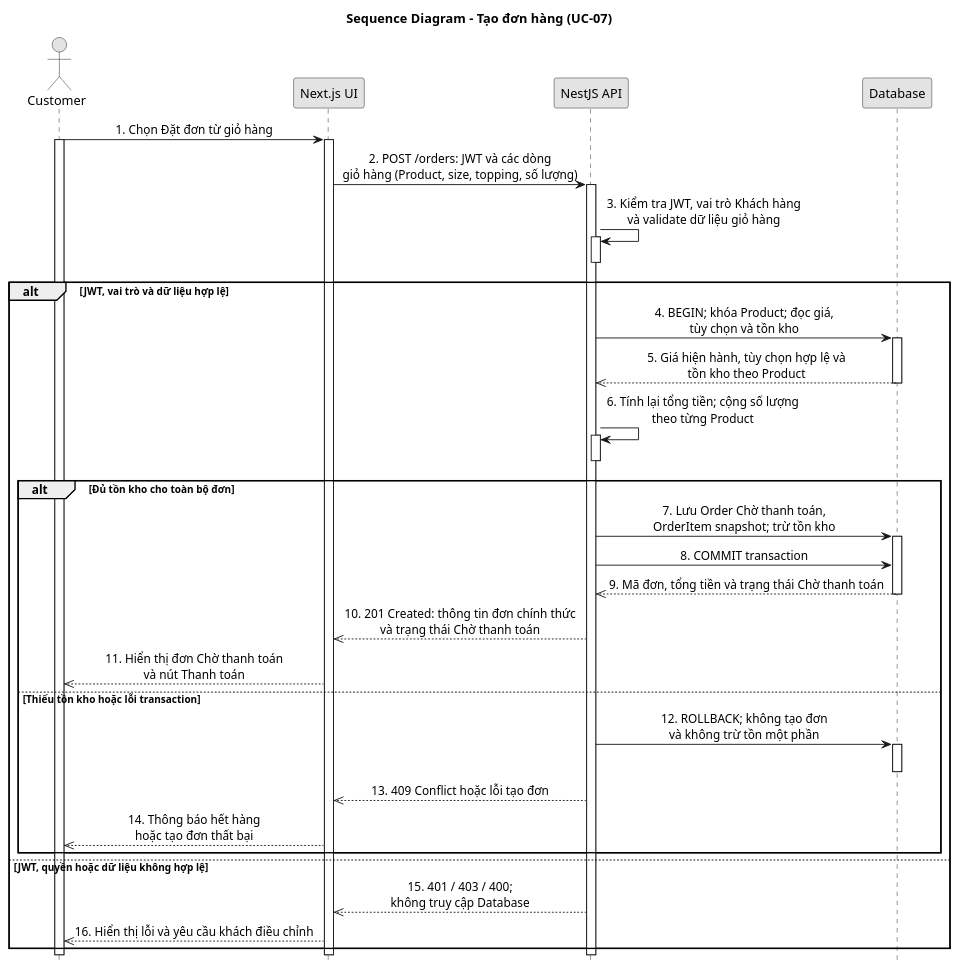
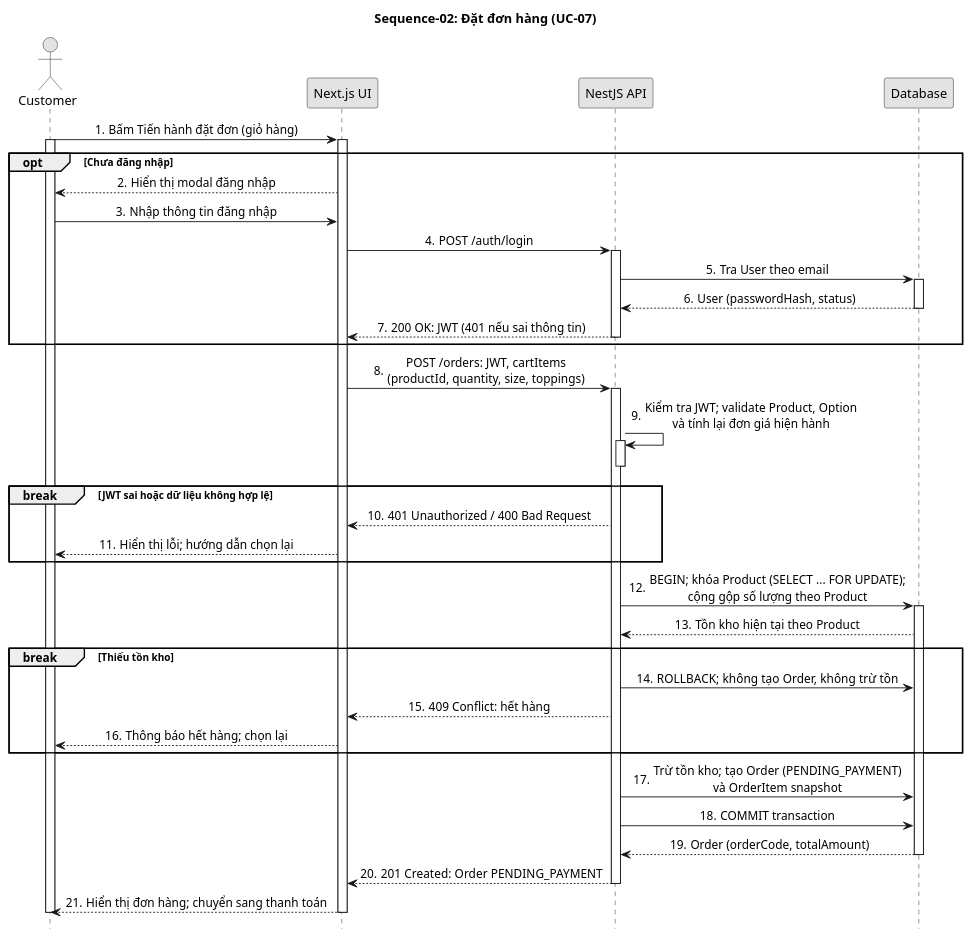
One commit to mhien06/BrewLite_A2 changed the diagram in docs/diagrams/sources/sequence-create-order.puml. Above: the diagram before and after it, drawn with PlantUML. The commit also changed 6 other files, not shown here.

Commit message:
Cập nhật sequence diagram toàn bộ

```diff
--- a/docs/diagrams/sources/sequence-create-order.puml
+++ b/docs/diagrams/sources/sequence-create-order.puml
@@ -1,59 +1,62 @@
 @startuml
-title Sequence Diagram - Tạo đơn hàng (UC-07)
+title Sequence-02: Đặt đơn hàng (UC-07)
 hide footbox
 skinparam monochrome true
 skinparam sequenceMessageAlign center
 skinparam responseMessageBelowArrow false
+autonumber "0."
 
 actor Customer
 participant "Next.js UI" as UI
 participant "NestJS API" as API
 participant "Database" as DB
 
-' --- Lời gọi đồng bộ: ->   |   Trả về: -->>  (nét đứt, đầu mũi tên hở) ---
-
-Customer -> UI: 1. Chọn Đặt đơn từ giỏ hàng
+Customer -> UI: Bấm Tiến hành đặt đơn (giỏ hàng)
 activate Customer
 activate UI
 
-UI -> API: 2. POST /orders: JWT và các dòng\ngiỏ hàng (Product, size, topping, số lượng)
+opt Chưa đăng nhập
+  UI --> Customer: Hiển thị modal đăng nhập
+  Customer -> UI: Nhập thông tin đăng nhập
+  UI -> API: POST /auth/login
+  activate API
+  API -> DB: Tra User theo email
+  activate DB
+  DB --> API: User (passwordHash, status)
+  deactivate DB
+  API --> UI: 200 OK: JWT (401 nếu sai thông tin)
+  deactivate API
+end
+
+UI -> API: POST /orders: JWT, cartItems\n(productId, quantity, size, toppings)
 activate API
 
-API -> API: 3. Kiểm tra JWT, vai trò Khách hàng\nvà validate dữ liệu giỏ hàng
+API -> API: Kiểm tra JWT; validate Product, Option\nvà tính lại đơn giá hiện hành
 activate API
 deactivate API
 
-alt JWT, vai trò và dữ liệu hợp lệ
-  API -> DB: 4. BEGIN; khóa Product; đọc giá,\ntùy chọn và tồn kho
-  activate DB
-  DB -->> API: 5. Giá hiện hành, tùy chọn hợp lệ và\ntồn kho theo Product
-  deactivate DB
-
-  API -> API: 6. Tính lại tổng tiền; cộng số lượng\ntheo từng Product
-  activate API
-  deactivate API
-
-  alt Đủ tồn kho cho toàn bộ đơn
-    API -> DB: 7. Lưu Order Chờ thanh toán,\nOrderItem snapshot; trừ tồn kho
-    activate DB
-    API -> DB: 8. COMMIT transaction
-    DB -->> API: 9. Mã đơn, tổng tiền và trạng thái Chờ thanh toán
-    deactivate DB
-    API -->> UI: 10. 201 Created: thông tin đơn chính thức\nvà trạng thái Chờ thanh toán
-    UI -->> Customer: 11. Hiển thị đơn Chờ thanh toán\nvà nút Thanh toán
-  else Thiếu tồn kho hoặc lỗi transaction
-    API -> DB: 12. ROLLBACK; không tạo đơn\nvà không trừ tồn một phần
-    activate DB
-    deactivate DB
-    API -->> UI: 13. 409 Conflict hoặc lỗi tạo đơn
-    UI -->> Customer: 14. Thông báo hết hàng\nhoặc tạo đơn thất bại
-  end
-else JWT, quyền hoặc dữ liệu không hợp lệ
-  API -->> UI: 15. 401 / 403 / 400;\nkhông truy cập Database
-  UI -->> Customer: 16. Hiển thị lỗi và yêu cầu khách điều chỉnh
+break JWT sai hoặc dữ liệu không hợp lệ
+  API --> UI: 401 Unauthorized / 400 Bad Request
+  UI --> Customer: Hiển thị lỗi; hướng dẫn chọn lại
 end
 
+API -> DB: BEGIN; khóa Product (SELECT ... FOR UPDATE);\ncộng gộp số lượng theo Product
+activate DB
+DB --> API: Tồn kho hiện tại theo Product
+
+break Thiếu tồn kho
+  API -> DB: ROLLBACK; không tạo Order, không trừ tồn
+  API --> UI: 409 Conflict: hết hàng
+  UI --> Customer: Thông báo hết hàng; chọn lại
+end
+
+API -> DB: Trừ tồn kho; tạo Order (PENDING_PAYMENT)\nvà OrderItem snapshot
+API -> DB: COMMIT transaction
+DB --> API: Order (orderCode, totalAmount)
+deactivate DB
+API --> UI: 201 Created: Order PENDING_PAYMENT
 deactivate API
+UI --> Customer: Hiển thị đơn hàng; chuyển sang thanh toán
 deactivate UI
 deactivate Customer
 @enduml
```
